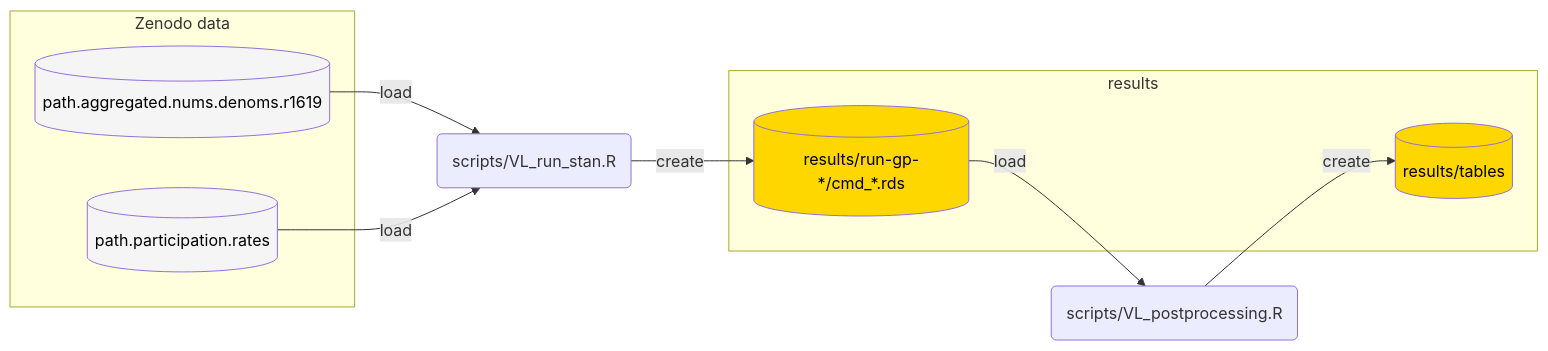
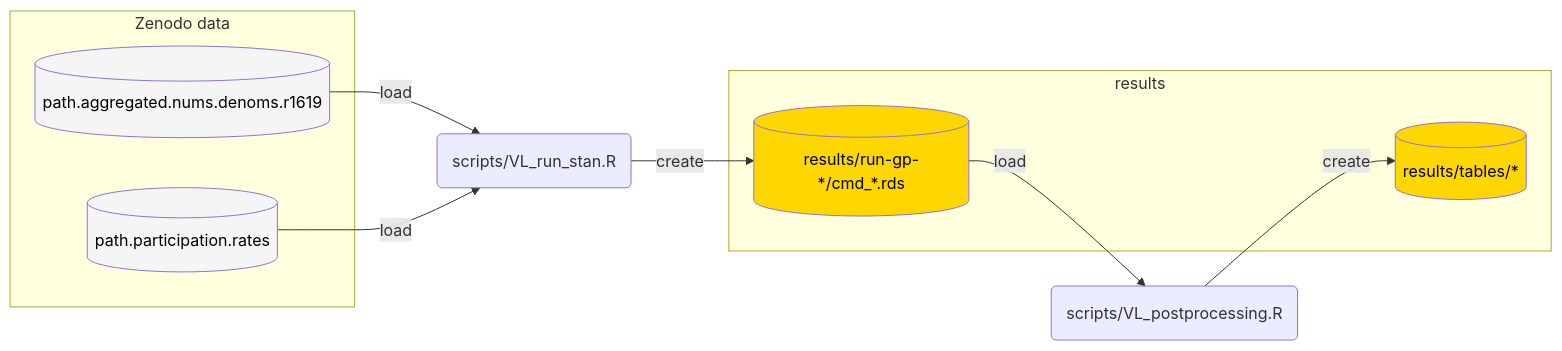
Before and after one commit to MLGlobalHealth/longi_viral_loads: the second of 2 diagrams in docs/README.md, drawn with Mermaid.

````diff
--- a/docs/README.md
+++ b/docs/README.md
@@ -80,32 +80,32 @@
 ```mermaid
 flowchart LR 
 	subgraph Zenodo data
 		o11[(path.aggregated.nums.denoms.r1619)]
         o21[(path.participation.rates)]
 
     style o11 fill:#F5F5F5
     style o21 fill:#F5F5F5
     style o11 color:#000000
     style o21 color:#000000
 	end 
  
 	sc1(scripts/VL_run_stan.R)
     sc2(scripts/VL_postprocessing.R)
 	
 	subgraph results
 		r11[(results/run-gp-*/cmd_*.rds)]
-        r21[(results/tables)]
+        r21[(results/tables/*)]
 
 		style r11 fill:#ffd700
 		style r21 fill:#ffd700
 		style r11 color:#000000
 		style r21 color:#000000
 	end
 	
 	o11 -- load --> sc1
 	o21 -- load --> sc1
 	sc1 -- create --> r11
-    
+
     r11 -- load --> sc2
     sc2 -- create --> r21
 ```
````
